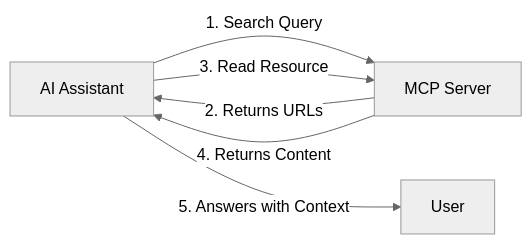
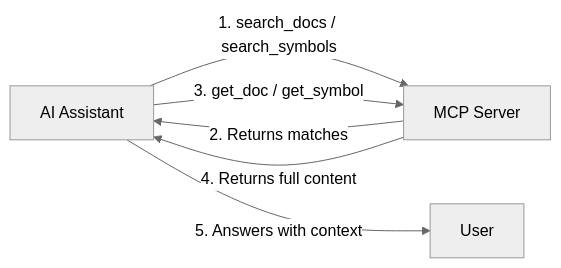
One commit to synergycodes/ng-diagram changed the first of 2 diagrams in tools/mcp-server/README.md. Above: the diagram before and after it, drawn with Mermaid (neutral theme). The commit also changed other lines of this file and 1 other file, not shown here.

Commit message:
Updated license and readme for mcp

````diff
--- a/tools/mcp-server/README.md
+++ b/tools/mcp-server/README.md
@@ -19,8 +20,8 @@
 ```mermaid
 graph LR
-    A[AI Assistant] -->|1. Search Query| B[MCP Server]
-    B -->|2. Returns URLs| A
-    A -->|3. Read Resource| B
-    B -->|4. Returns Content| A
-    A -->|5. Answers with Context| D[User]
+    A[AI Assistant] -->|1. search_docs / search_symbols| B[MCP Server]
+    B -->|2. Returns matches| A
+    A -->|3. get_doc / get_symbol| B
+    B -->|4. Returns full content| A
+    A -->|5. Answers with context| D[User]
 ```
````
